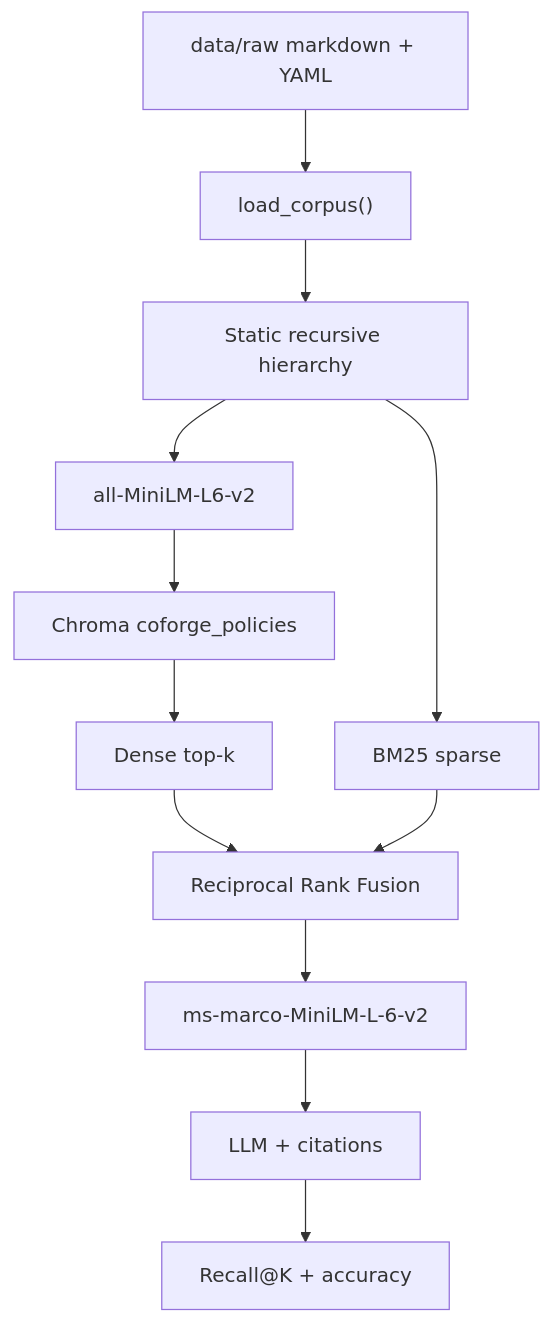
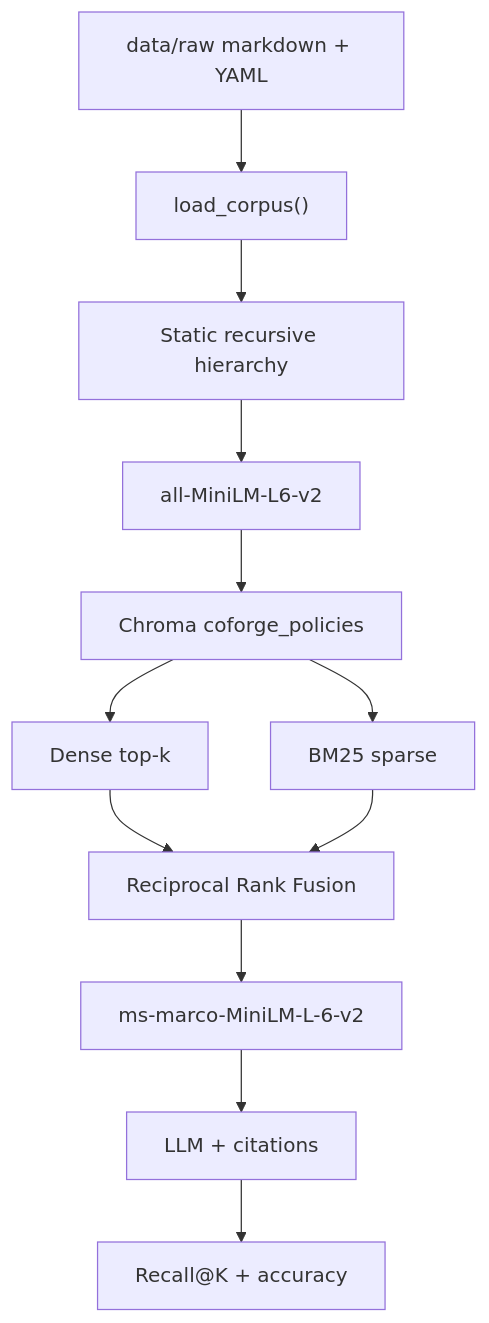
The diagram in docs/architecture.md (vidhikansara26/policy_ragbot), drawn with Mermaid before and after one commit. The commit also changed other lines of this file and 6 other files, not shown here.

````diff
--- a/docs/architecture.md
+++ b/docs/architecture.md
@@ -126,21 +153,21 @@
 ```mermaid
 flowchart TD
   raw["data/raw markdown + YAML"]
   load["load_corpus()"]
   chunk["Static recursive hierarchy"]
   embed["all-MiniLM-L6-v2"]
   chroma["Chroma coforge_policies"]
   dense["Dense top-k"]
   bm25["BM25 sparse"]
   rrf["Reciprocal Rank Fusion"]
   rerank["ms-marco-MiniLM-L-6-v2"]
   gen["LLM + citations"]
   eval["Recall@K + accuracy"]
 
   raw --> load --> chunk --> embed --> chroma
   chroma --> dense
-  chunk --> bm25
+  chroma --> bm25
   dense --> rrf
   bm25 --> rrf
   rrf --> rerank --> gen --> eval
 ```
````
